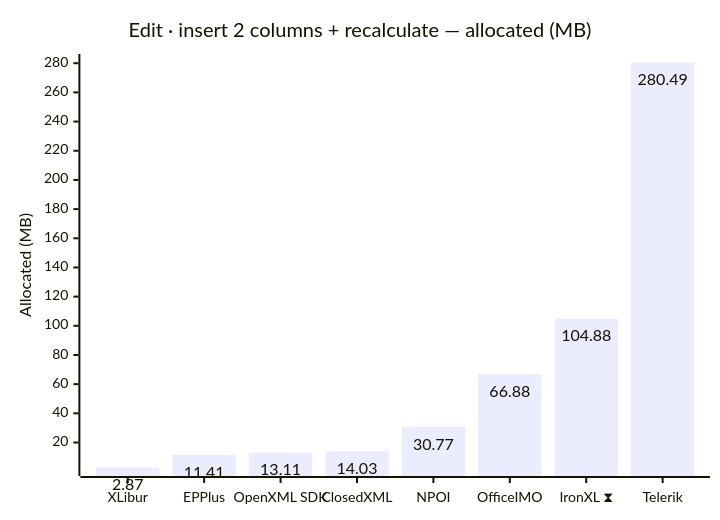
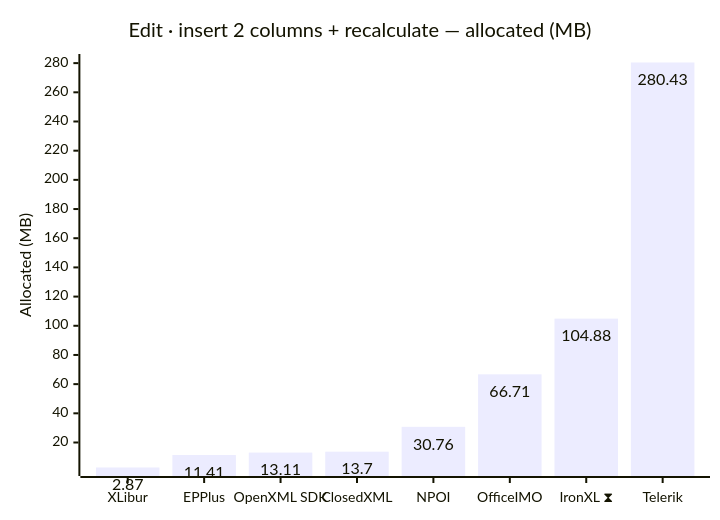
One commit to jafin/XLBench changed diagram 12 of 12 in docs/results.md. Above: the diagram before and after it, drawn with Mermaid. The commit also changed other lines of this file and 1 other file, not shown here.

````diff
--- a/docs/results.md
+++ b/docs/results.md
@@ -185,12 +185,12 @@
 ```mermaid
 ---
 config:
   xyChart:
     showDataLabel: true
 ---
 xychart-beta
     title "Edit · insert 2 columns + recalculate — allocated (MB)"
     x-axis ["XLibur", "EPPlus", "OpenXML SDK", "ClosedXML", "NPOI", "OfficeIMO", "IronXL ⧗", "Telerik"]
     y-axis "Allocated (MB)"
-    bar [2.87, 11.41, 13.11, 14.03, 30.77, 66.88, 104.88, 280.49]
+    bar [2.87, 11.41, 13.11, 13.7, 30.76, 66.71, 104.88, 280.43]
 ```
````
